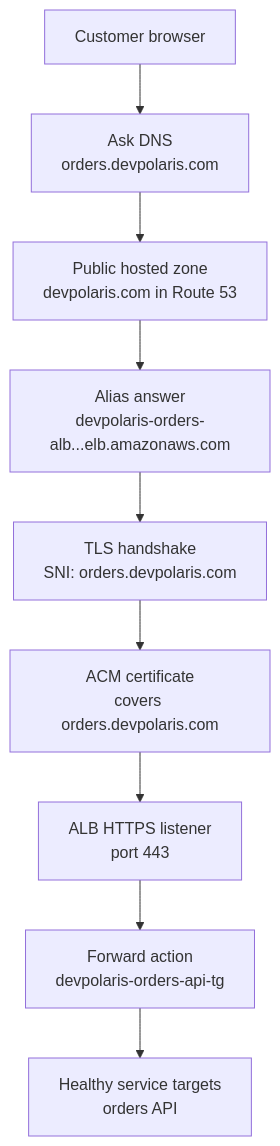
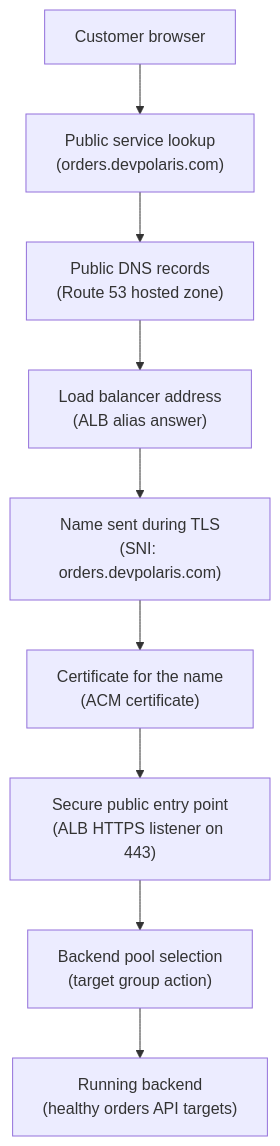
One commit to senlinyy/dev-roadmaps changed the diagram in cloud-providers/aws/networking-connectivity/dns-domains-and-tls-entry-points.md. Above: the diagram before and after it, drawn with Mermaid. The commit also changed 89 other files, not shown here.

````diff
--- a/cloud-providers/aws/networking-connectivity/dns-domains-and-tls-entry-points.md
+++ b/cloud-providers/aws/networking-connectivity/dns-domains-and-tls-entry-points.md
@@ -51,11 +51,11 @@
 ```mermaid
 flowchart TD
-    USER["Customer browser"] --> DNSQ["Ask DNS<br/>orders.devpolaris.com"]
-    DNSQ --> R53["Public hosted zone<br/>devpolaris.com in Route 53"]
-    R53 --> ALBDNS["Alias answer<br/>devpolaris-orders-alb...elb.amazonaws.com"]
-    ALBDNS --> TLS["TLS handshake<br/>SNI: orders.devpolaris.com"]
-    TLS --> CERT["ACM certificate<br/>covers orders.devpolaris.com"]
-    CERT --> LISTENER["ALB HTTPS listener<br/>port 443"]
-    LISTENER --> TG["Forward action<br/>devpolaris-orders-api-tg"]
-    TG --> APP["Healthy service targets<br/>orders API"]
+    USER["Customer browser"] --> DNSQ["Public service lookup<br/>(orders.devpolaris.com)"]
+    DNSQ --> R53["Public DNS records<br/>(Route 53 hosted zone)"]
+    R53 --> ALBDNS["Load balancer address<br/>(ALB alias answer)"]
+    ALBDNS --> TLS["Name sent during TLS<br/>(SNI: orders.devpolaris.com)"]
+    TLS --> CERT["Certificate for the name<br/>(ACM certificate)"]
+    CERT --> LISTENER["Secure public entry point<br/>(ALB HTTPS listener on 443)"]
+    LISTENER --> TG["Backend pool selection<br/>(target group action)"]
+    TG --> APP["Running backend<br/>(healthy orders API targets)"]
 ```
````
